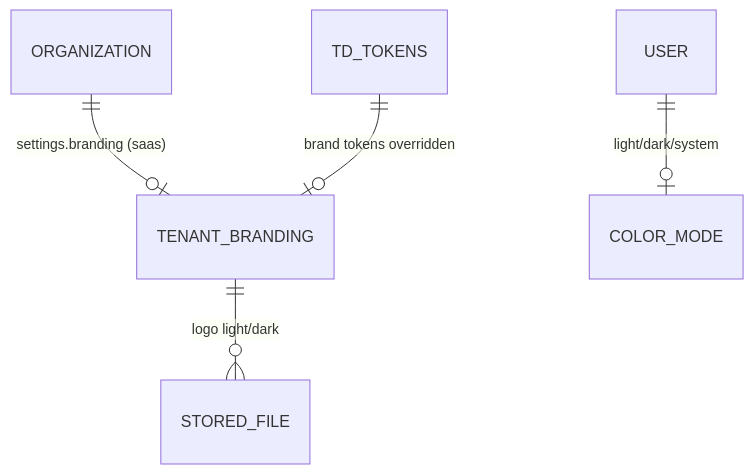
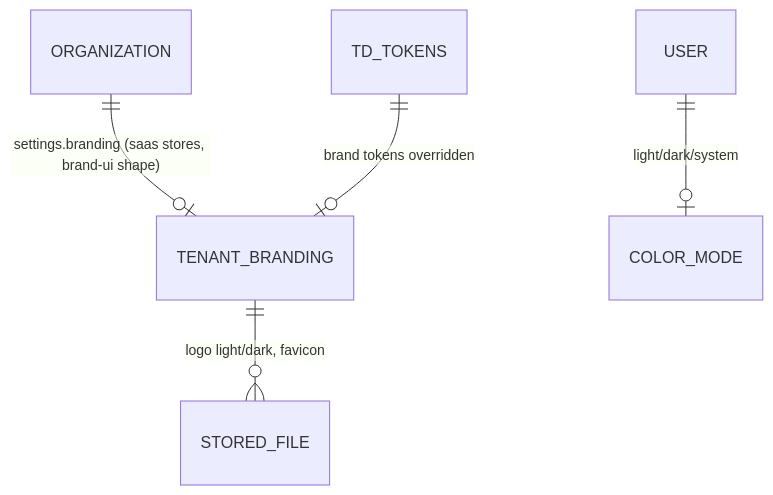
Before and after one commit to suparikoli/whatomate: the first of 3 diagrams in docs/programs/polygin-saas/modules/brand-ui/G1.md, drawn with Mermaid. The commit also changed other lines of this file and 38 other files, not shown here.

````diff
--- a/docs/programs/polygin-saas/modules/brand-ui/G1.md
+++ b/docs/programs/polygin-saas/modules/brand-ui/G1.md
@@ -29,7 +31,7 @@
 ```mermaid
 erDiagram
-  ORGANIZATION ||--o| TENANT_BRANDING : "settings.branding (saas)"
-  TENANT_BRANDING ||--o{ STORED_FILE : "logo light/dark"
+  ORGANIZATION ||--o| TENANT_BRANDING : "settings.branding (saas stores, brand-ui shape)"
+  TENANT_BRANDING ||--o{ STORED_FILE : "logo light/dark, favicon"
   TD_TOKENS ||--o| TENANT_BRANDING : "brand tokens overridden"
   USER ||--o| COLOR_MODE : "light/dark/system"
 ```
````
